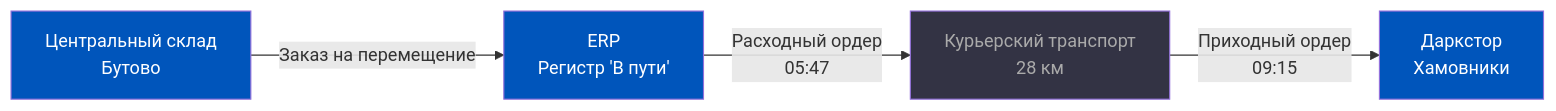
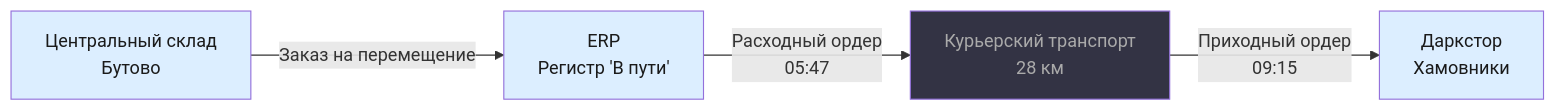
The first of 9 diagrams in content/1c-erp/week_5/Неделя 5 - День 1 - Складские перемещения.md (murad1986/1c-erp-quartz), drawn with Mermaid before and after one commit. The commit also changed other lines of this file and 57 other files, not shown here.

First line of the commit message:
fix: Mermaid — пастельные цвета в источниках диаграмм (56 файлов)

````diff
--- a/content/1c-erp/week_5/Неделя 5 - День 1 - Складские перемещения.md
+++ b/content/1c-erp/week_5/Неделя 5 - День 1 - Складские перемещения.md
@@ -51,11 +51,11 @@
 ```mermaid
 graph LR
     A["Центральный склад<br/>Бутово"] -->|"Заказ на перемещение"| B["ERP<br/>Регистр 'В пути'"]
     B -->|"Расходный ордер<br/>05:47"| C["Курьерский транспорт<br/>28 км"]
     C -->|"Приходный ордер<br/>09:15"| D["Даркстор<br/>Хамовники"]
 
-    style A fill:#0055BB,color:#fff
-    style B fill:#0055BB,color:#fff
+    style A fill:#dceeff,color:#1a1a1a
+    style B fill:#dceeff,color:#1a1a1a
     style C fill:#334,color:#aaa
-    style D fill:#0055BB,color:#fff
+    style D fill:#dceeff,color:#1a1a1a
 ```
````
